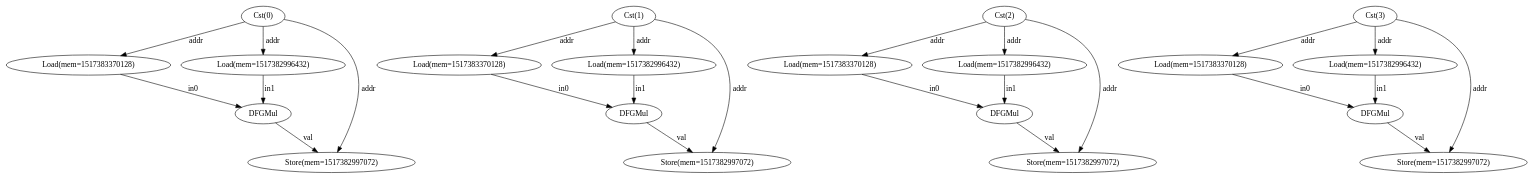
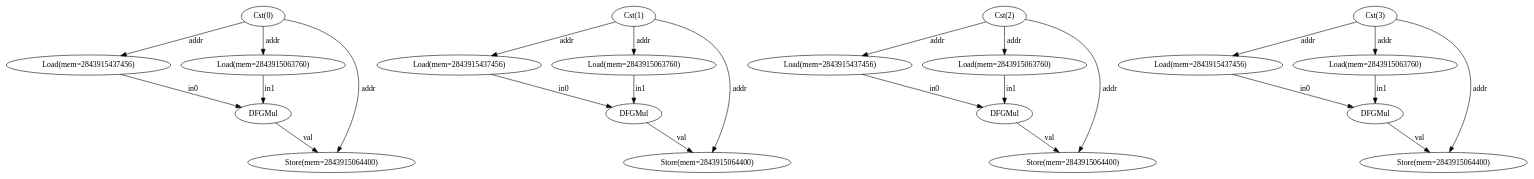
The diagram in test01/dfg.dot (ma-carrillo/High-level-synthesis-assignment), drawn with Graphviz before and after one commit. The commit also changed 18 other files, not shown here.

```diff
--- a/test01/dfg.dot
+++ b/test01/dfg.dot
@@ -1,46 +1,46 @@
 digraph "dfg" {
   n0 [label="Cst(0)"];
-  n1 [label="Load(mem=1517383370128)"];
-  n2 [label="Load(mem=1517382996432)"];
+  n1 [label="Load(mem=2843915437456)"];
+  n2 [label="Load(mem=2843915063760)"];
   n3 [label="DFGMul"];
-  n4 [label="Store(mem=1517382997072)"];
+  n4 [label="Store(mem=2843915064400)"];
   n5 [label="Cst(1)"];
-  n6 [label="Load(mem=1517383370128)"];
-  n7 [label="Load(mem=1517382996432)"];
+  n6 [label="Load(mem=2843915437456)"];
+  n7 [label="Load(mem=2843915063760)"];
   n8 [label="DFGMul"];
-  n9 [label="Store(mem=1517382997072)"];
+  n9 [label="Store(mem=2843915064400)"];
   n10 [label="Cst(2)"];
-  n11 [label="Load(mem=1517383370128)"];
-  n12 [label="Load(mem=1517382996432)"];
+  n11 [label="Load(mem=2843915437456)"];
+  n12 [label="Load(mem=2843915063760)"];
   n13 [label="DFGMul"];
-  n14 [label="Store(mem=1517382997072)"];
+  n14 [label="Store(mem=2843915064400)"];
   n15 [label="Cst(3)"];
-  n16 [label="Load(mem=1517383370128)"];
-  n17 [label="Load(mem=1517382996432)"];
+  n16 [label="Load(mem=2843915437456)"];
+  n17 [label="Load(mem=2843915063760)"];
   n18 [label="DFGMul"];
-  n19 [label="Store(mem=1517382997072)"];
+  n19 [label="Store(mem=2843915064400)"];
   n0 -> n1 [label="addr"];
   n0 -> n2 [label="addr"];
   n0 -> n4 [label="addr"];
   n1 -> n3 [label="in0"];
   n2 -> n3 [label="in1"];
   n3 -> n4 [label="val"];
   n5 -> n6 [label="addr"];
   n5 -> n7 [label="addr"];
   n5 -> n9 [label="addr"];
   n6 -> n8 [label="in0"];
   n7 -> n8 [label="in1"];
   n8 -> n9 [label="val"];
   n10 -> n11 [label="addr"];
   n10 -> n12 [label="addr"];
   n10 -> n14 [label="addr"];
   n11 -> n13 [label="in0"];
   n12 -> n13 [label="in1"];
   n13 -> n14 [label="val"];
   n15 -> n16 [label="addr"];
   n15 -> n17 [label="addr"];
   n15 -> n19 [label="addr"];
   n16 -> n18 [label="in0"];
   n17 -> n18 [label="in1"];
   n18 -> n19 [label="val"];
 }
```
